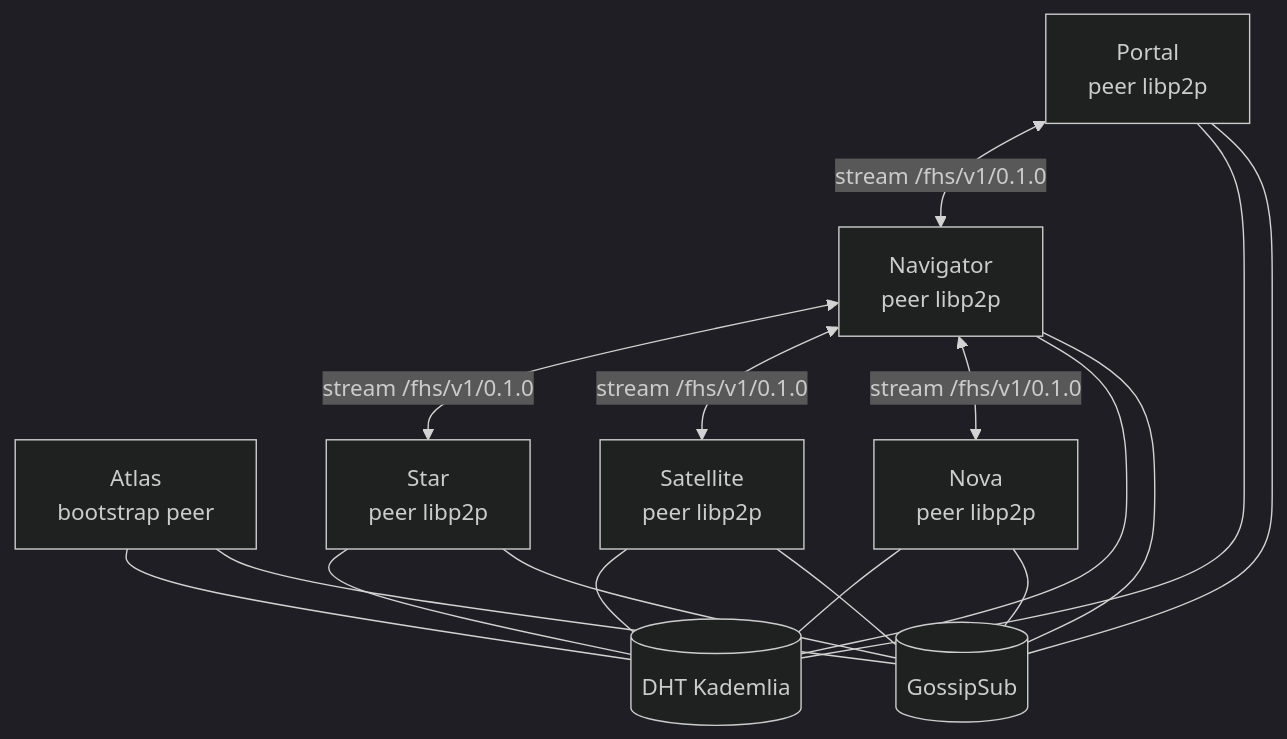
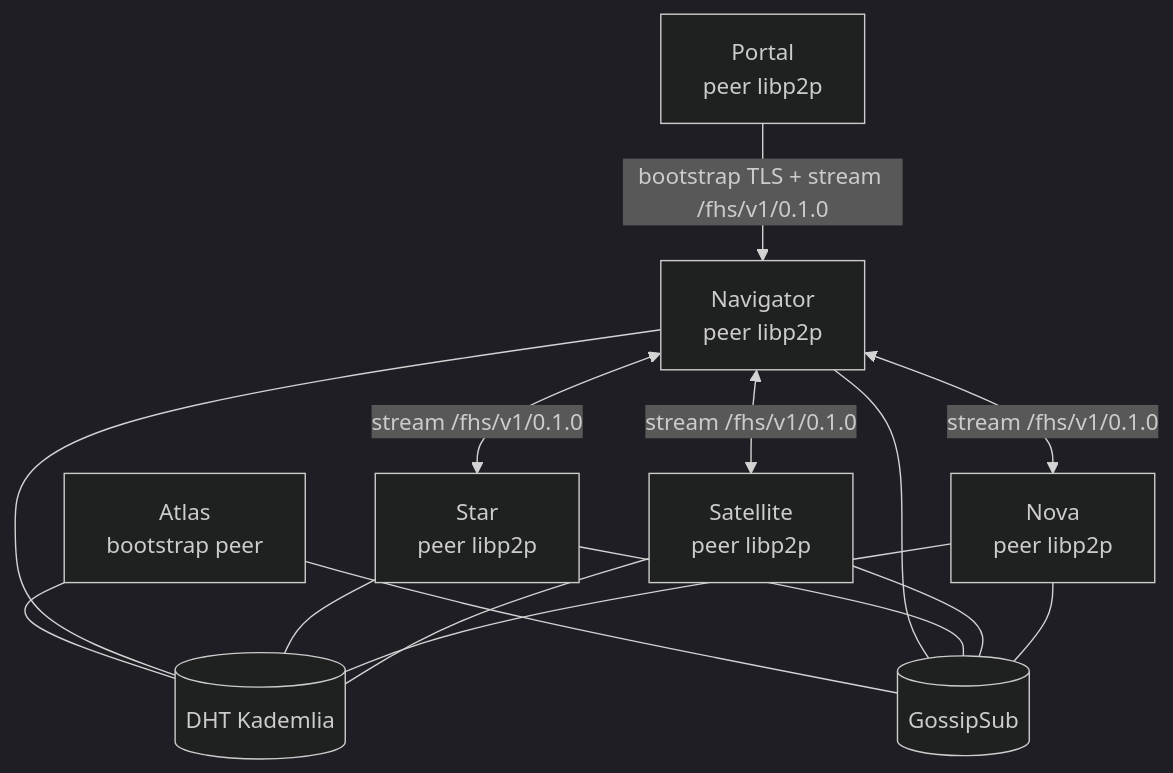
One commit to rafex/galaxIA changed the first of 2 diagrams in docs/network.md. Above: the diagram before and after it, drawn with Mermaid (dark theme). The commit also changed other lines of this file and 1 other file, not shown here.

Commit message:
docs: align portal discovery architecture

````diff
--- a/docs/network.md
+++ b/docs/network.md
@@ -31,28 +34,26 @@
 ```mermaid
 graph TB
     ATLAS["Atlas\nbootstrap peer"]
     PORTAL["Portal\npeer libp2p"]
     NAV["Navigator\npeer libp2p"]
     STAR["Star\npeer libp2p"]
     SAT["Satellite\npeer libp2p"]
     NOVA["Nova\npeer libp2p"]
     DHT[("DHT Kademlia")]
     GOSSIP[("GossipSub")]
 
-    PORTAL <-->|"stream /fhs/v1/0.1.0"| NAV
+    PORTAL -->|"bootstrap TLS + stream /fhs/v1/0.1.0"| NAV
     NAV <-->|"stream /fhs/v1/0.1.0"| STAR
     NAV <-->|"stream /fhs/v1/0.1.0"| SAT
     NAV <-->|"stream /fhs/v1/0.1.0"| NOVA
     ATLAS --- DHT
     NAV --- DHT
     STAR --- DHT
     SAT --- DHT
     NOVA --- DHT
-    PORTAL --- DHT
     ATLAS --- GOSSIP
     NAV --- GOSSIP
     STAR --- GOSSIP
     SAT --- GOSSIP
     NOVA --- GOSSIP
-    PORTAL --- GOSSIP
 ```
````
